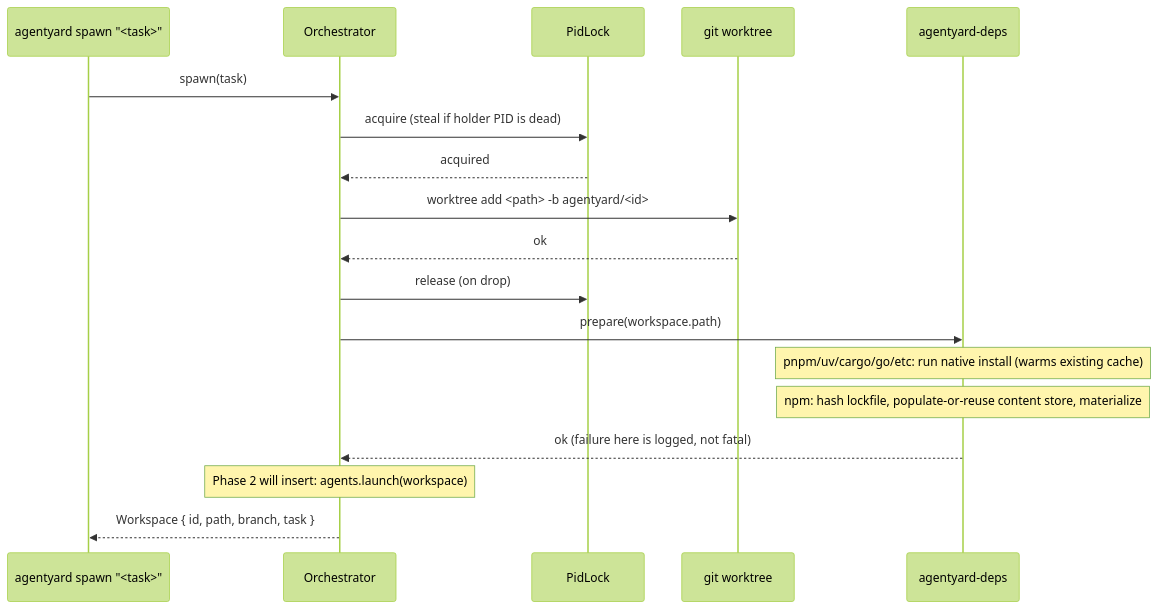
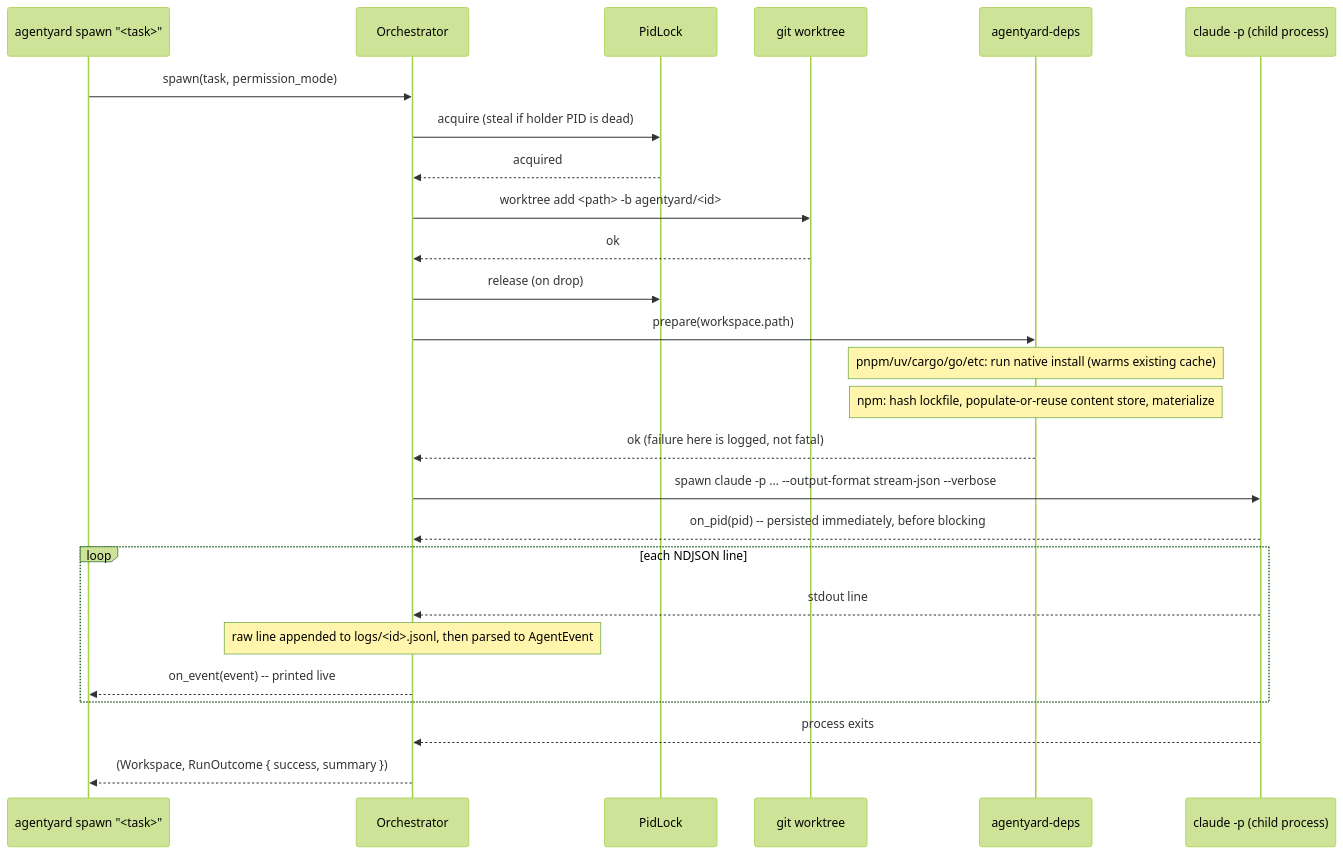
Before and after one commit to zekariasasaminew/pact: the second of 2 diagrams in README.md, drawn with Mermaid (forest theme). The commit also changed other lines of this file, not shown here.

First line of the commit message:
Document Phase 2: Claude Code adapter and headless launch

````diff
--- a/README.md
+++ b/README.md
@@ -157,21 +182,29 @@
 ```mermaid
 sequenceDiagram
     participant U as agentyard spawn "<task>"
     participant Core as Orchestrator
     participant Lock as PidLock
     participant Git as git worktree
     participant Deps as agentyard-deps
+    participant Agent as claude -p (child process)
 
-    U->>Core: spawn(task)
+    U->>Core: spawn(task, permission_mode)
     Core->>Lock: acquire (steal if holder PID is dead)
     Lock-->>Core: acquired
     Core->>Git: worktree add <path> -b agentyard/<id>
     Git-->>Core: ok
     Core->>Lock: release (on drop)
     Core->>Deps: prepare(workspace.path)
     Note over Deps: pnpm/uv/cargo/go/etc: run native install (warms existing cache)
     Note over Deps: npm: hash lockfile, populate-or-reuse content store, materialize
     Deps-->>Core: ok (failure here is logged, not fatal)
-    Note over Core: Phase 2 will insert: agents.launch(workspace)
-    Core-->>U: Workspace { id, path, branch, task }
+    Core->>Agent: spawn claude -p ... --output-format stream-json --verbose
+    Agent-->>Core: on_pid(pid) -- persisted immediately, before blocking
+    loop each NDJSON line
+        Agent-->>Core: stdout line
+        Note over Core: raw line appended to logs/<id>.jsonl, then parsed to AgentEvent
+        Core-->>U: on_event(event) -- printed live
+    end
+    Agent-->>Core: process exits
+    Core-->>U: (Workspace, RunOutcome { success, summary })
 ```
````
